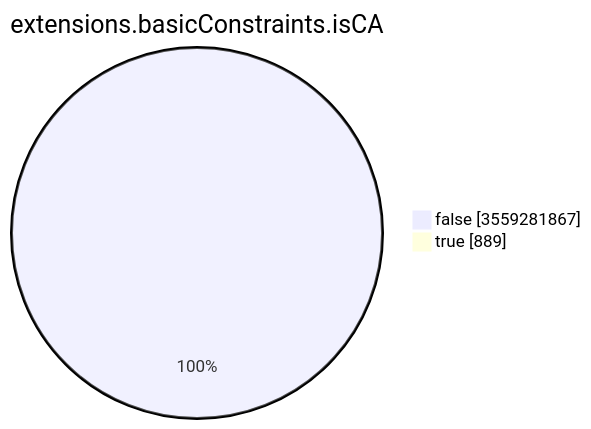
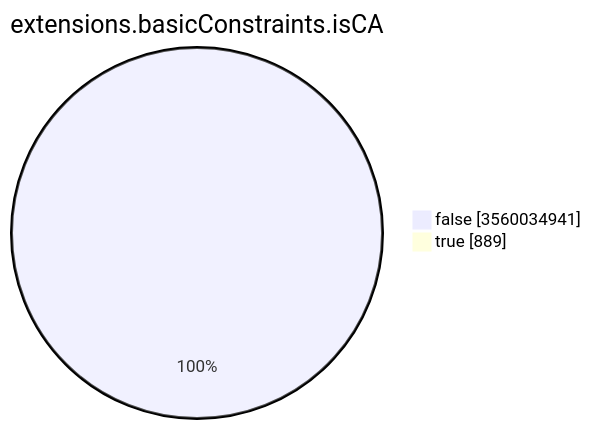
Before and after one commit to christiankrug/ctmonitor_visualization: the seventh of 15 diagrams in TOTAL/README.md, drawn with Mermaid. The commit also changed other lines of this file, not shown here.

````diff
--- a/TOTAL/README.md
+++ b/TOTAL/README.md
@@ -3094,6 +3094,6 @@
 ```mermaid
 pie showData
 title extensions.basicConstraints.isCA
-"false" :3559281867
+"false" :3560034941
 "true" :889
 ```
````
